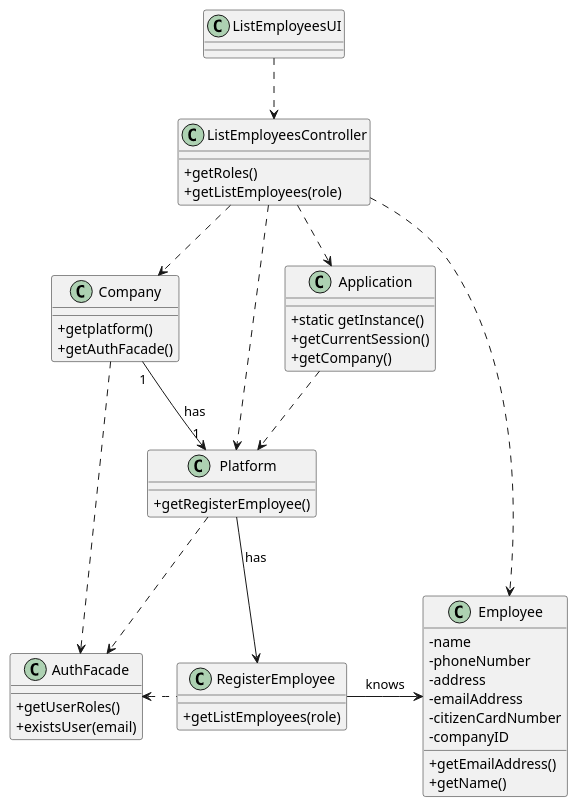
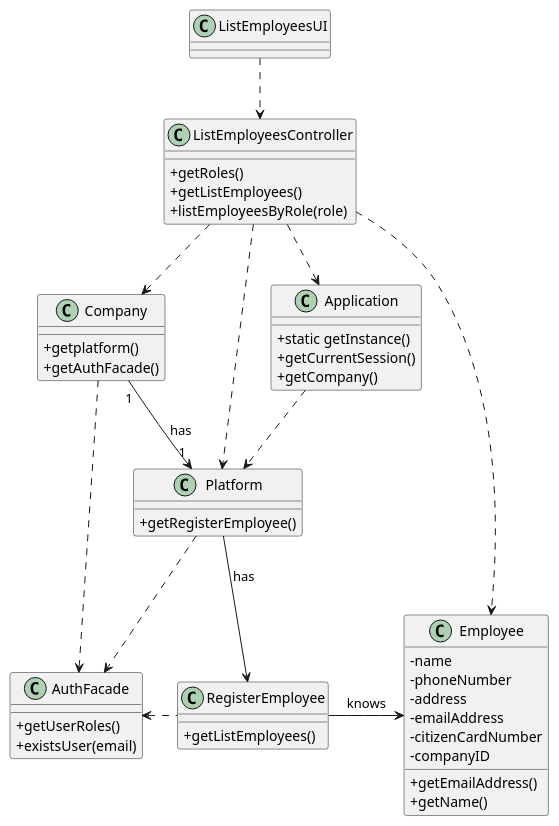
Before and after one commit to diogonapoles/isep-lapr2: the diagram in docs/SprintB/UserStories/US11/US11_CD.puml, drawn with PlantUML. The commit also changed 1 other file, not shown here.

```diff
--- a/docs/SprintB/UserStories/US11/US11_CD.puml
+++ b/docs/SprintB/UserStories/US11/US11_CD.puml
@@ -1,74 +1,75 @@
 @startuml
 skinparam classAttributeIconSize 0
 
 
 class AuthFacade{
 +getUserRoles()
 +existsUser(email)
 }
 
 class Application {
   +static getInstance()
   +getCurrentSession()
   +getCompany()
 
 }
 
 class Company {
 +getplatform()
 +getAuthFacade()
 }
 
 class Employee {
 -name
 -phoneNumber
 -address
 -emailAddress
 -citizenCardNumber
 -companyID
 +getEmailAddress()
 +getName()
 }
 
 
 class RegisterEmployee{
-+getListEmployees(role)
++getListEmployees()
 
 }
 
 
 
 
 class Platform{
 +getRegisterEmployee()
 }
 
 class ListEmployeesController {
 +getRoles()
-  +getListEmployees(role)
+  +getListEmployees()
+  +listEmployeesByRole(role)
 
 
 }
 
 class ListEmployeesUI {
 
 }
 
 ListEmployeesUI ..> ListEmployeesController
 ListEmployeesController ..> Application
 ListEmployeesController ..> Company
 ListEmployeesController ..> Platform
 Application ..> Platform
 Platform ..> AuthFacade
 Company ..> AuthFacade
 RegisterEmployee .left.> AuthFacade
 ListEmployeesController ..> Employee
 Platform --> RegisterEmployee :has
 Company "1" --> "1" Platform : has
 RegisterEmployee -right-> Employee : knows
 
 
 
 
 
 @enduml
```
